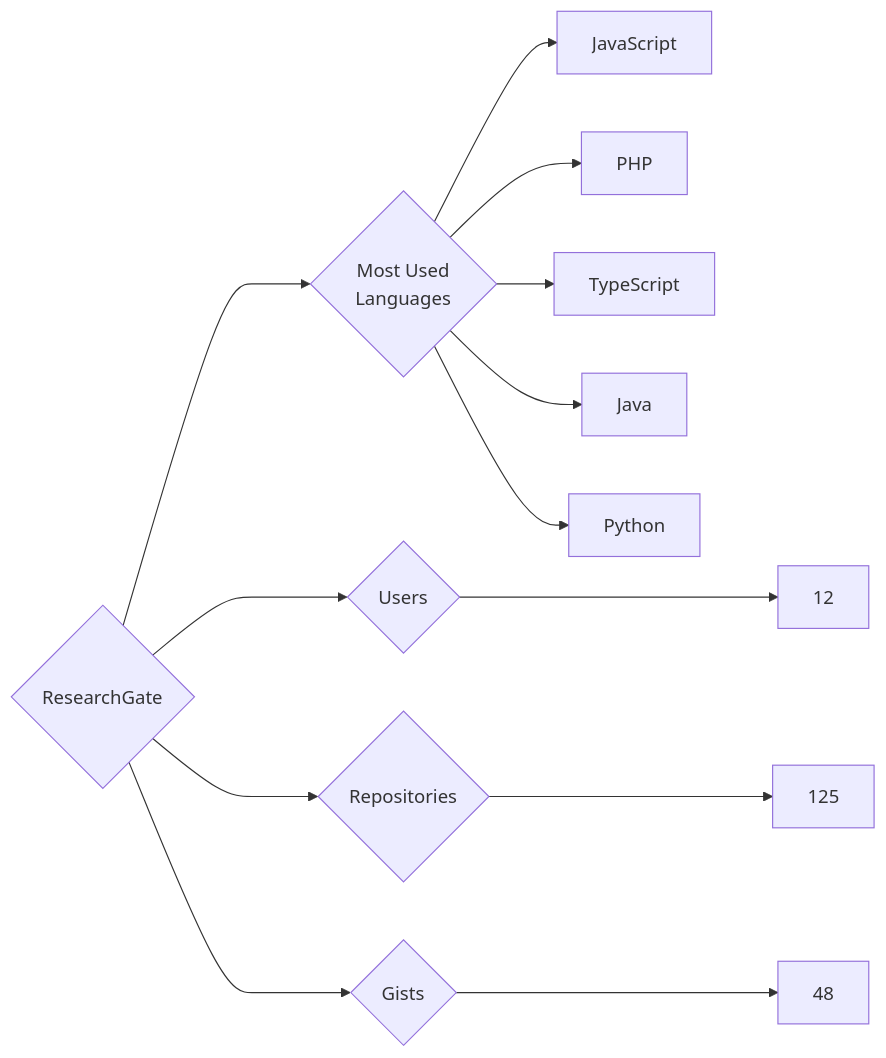
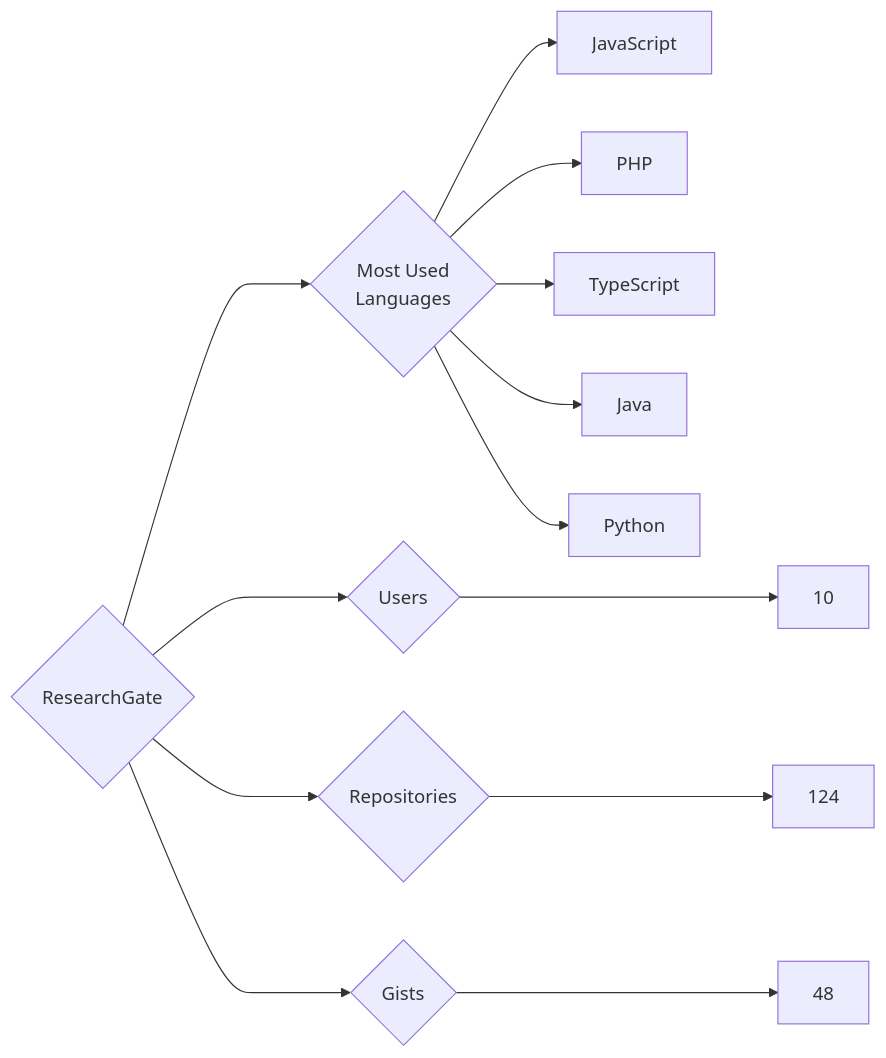
One commit to trickest/insiders changed the diagram in targets/ResearchGate/README.md. Above: the diagram before and after it, drawn with Mermaid. The commit also changed 878 other files, not shown here.

````diff
--- a/targets/ResearchGate/README.md
+++ b/targets/ResearchGate/README.md
@@ -3,13 +3,13 @@
 ```mermaid
 graph LR
 COMPANY_NAME{ResearchGate}
-COMPANY_NAME ---> U{Users} ---> UN[12]
-COMPANY_NAME ---> R{Repositories} ---> RN[125]
+COMPANY_NAME ---> U{Users} ---> UN[10]
+COMPANY_NAME ---> R{Repositories} ---> RN[124]
 COMPANY_NAME ---> G{Gists} ---> GN[48]
 COMPANY_NAME ---> ML{Most Used<br>Languages}
 ML --> JavaScript[JavaScript]
 ML --> PHP[PHP]
 ML --> TypeScript[TypeScript]
 ML --> Java[Java]
 ML --> Python[Python]
 ```
````
